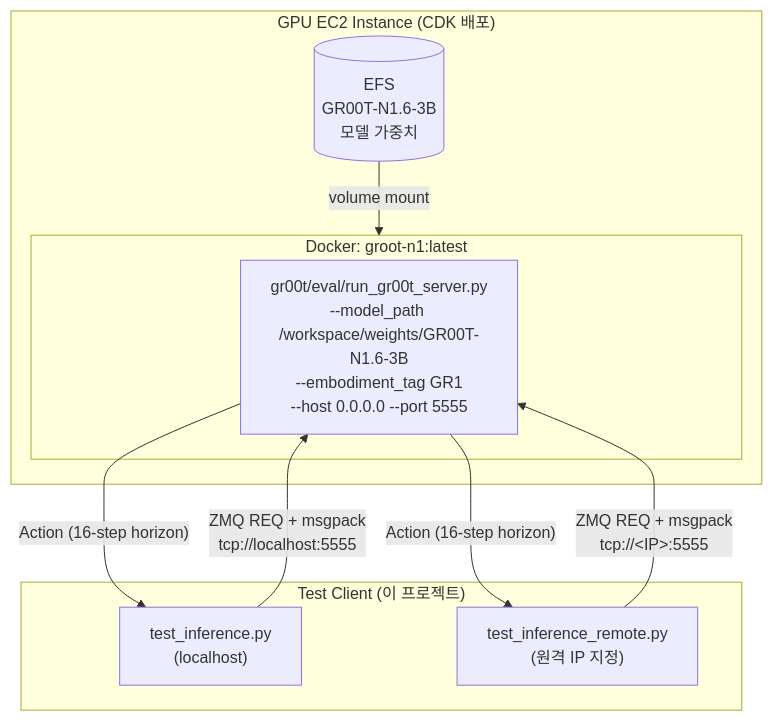
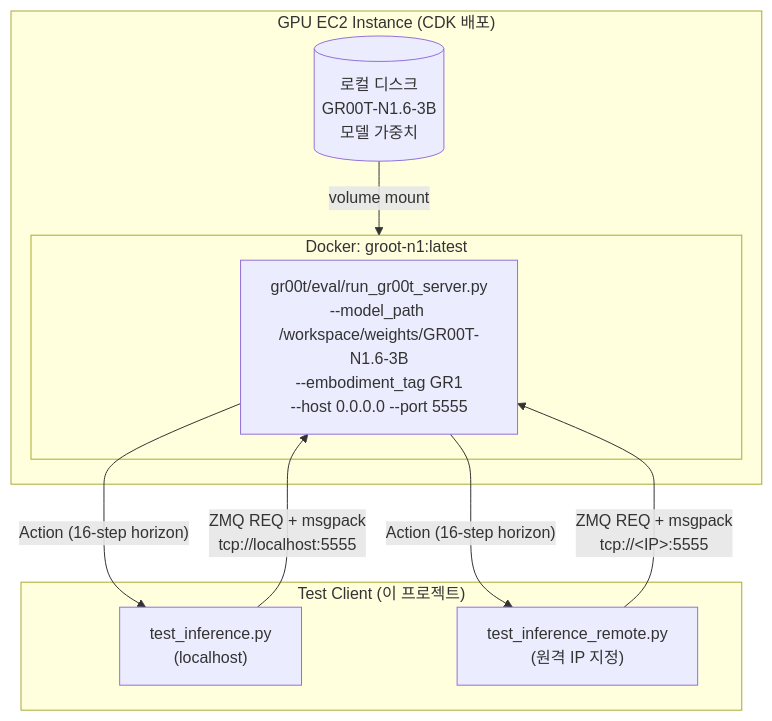
Before and after one commit to hi-space/aws-physical-ai-recipes: the first of 2 diagrams in e2e-workshop/groot/inference/batch-zmq/README.md, drawn with Mermaid. The commit also changed other lines of this file and 29 other files, not shown here.

````diff
--- a/e2e-workshop/groot/inference/batch-zmq/README.md
+++ b/e2e-workshop/groot/inference/batch-zmq/README.md
@@ -8,20 +8,20 @@
 ```mermaid
 graph TB
     subgraph EC2["GPU EC2 Instance (CDK 배포)"]
         subgraph Docker["Docker: groot-n1:latest"]
             Server["gr00t/eval/run_gr00t_server.py<br/>--model_path /workspace/weights/GR00T-N1.6-3B<br/>--embodiment_tag GR1<br/>--host 0.0.0.0 --port 5555"]
         end
-        EFS[("EFS<br/>GR00T-N1.6-3B<br/>모델 가중치")]
-        EFS -->|volume mount| Docker
+        Weights[("로컬 디스크<br/>GR00T-N1.6-3B<br/>모델 가중치")]
+        Weights -->|volume mount| Docker
     end
 
     subgraph Client["Test Client (이 프로젝트)"]
         Local["test_inference.py<br/>(localhost)"]
         Remote["test_inference_remote.py<br/>(원격 IP 지정)"]
     end
 
     Local -->|"ZMQ REQ + msgpack<br/>tcp://localhost:5555"| Server
     Remote -->|"ZMQ REQ + msgpack<br/>tcp://&lt;IP&gt;:5555"| Server
     Server -->|"Action (16-step horizon)"| Local
     Server -->|"Action (16-step horizon)"| Remote
 ```
````
